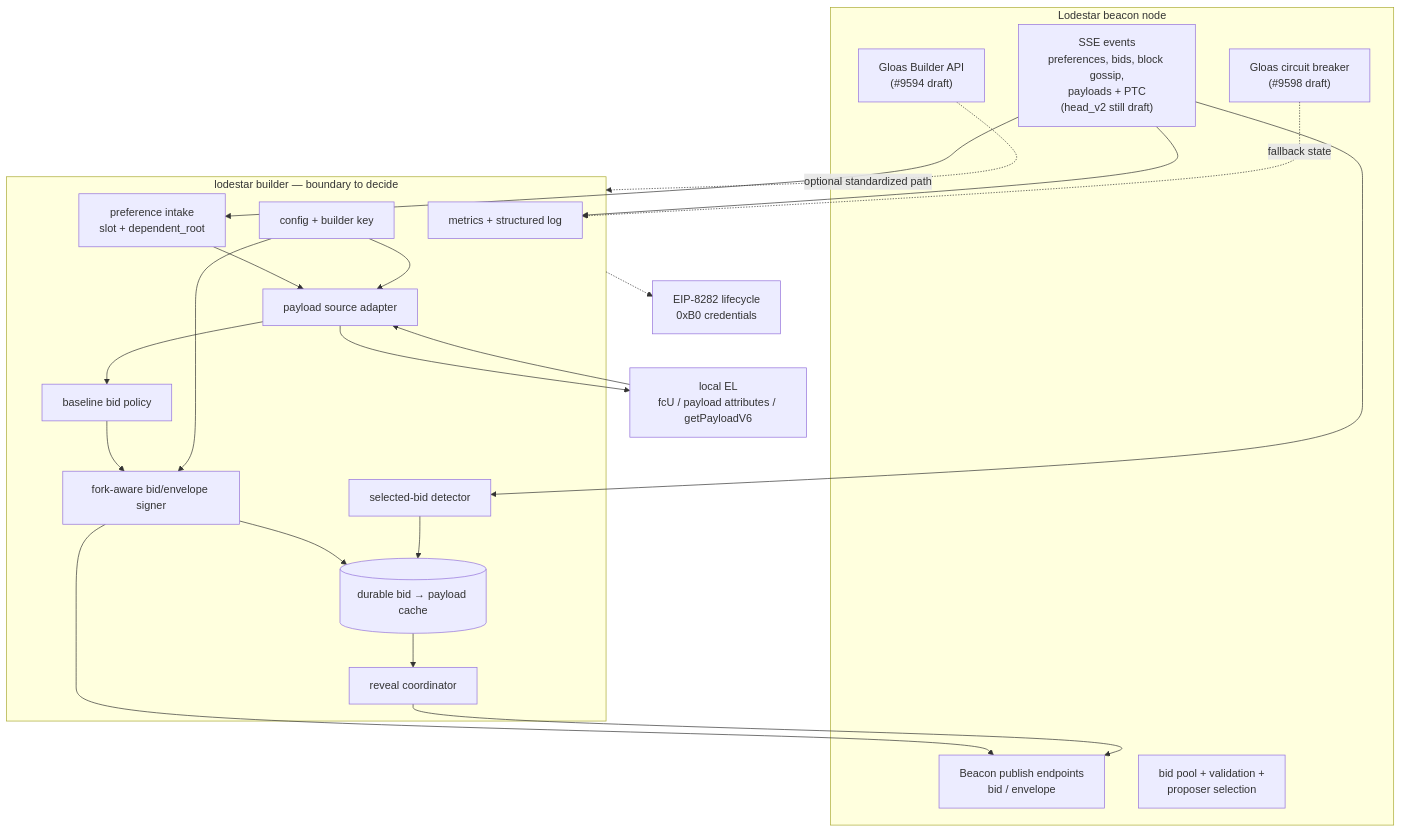
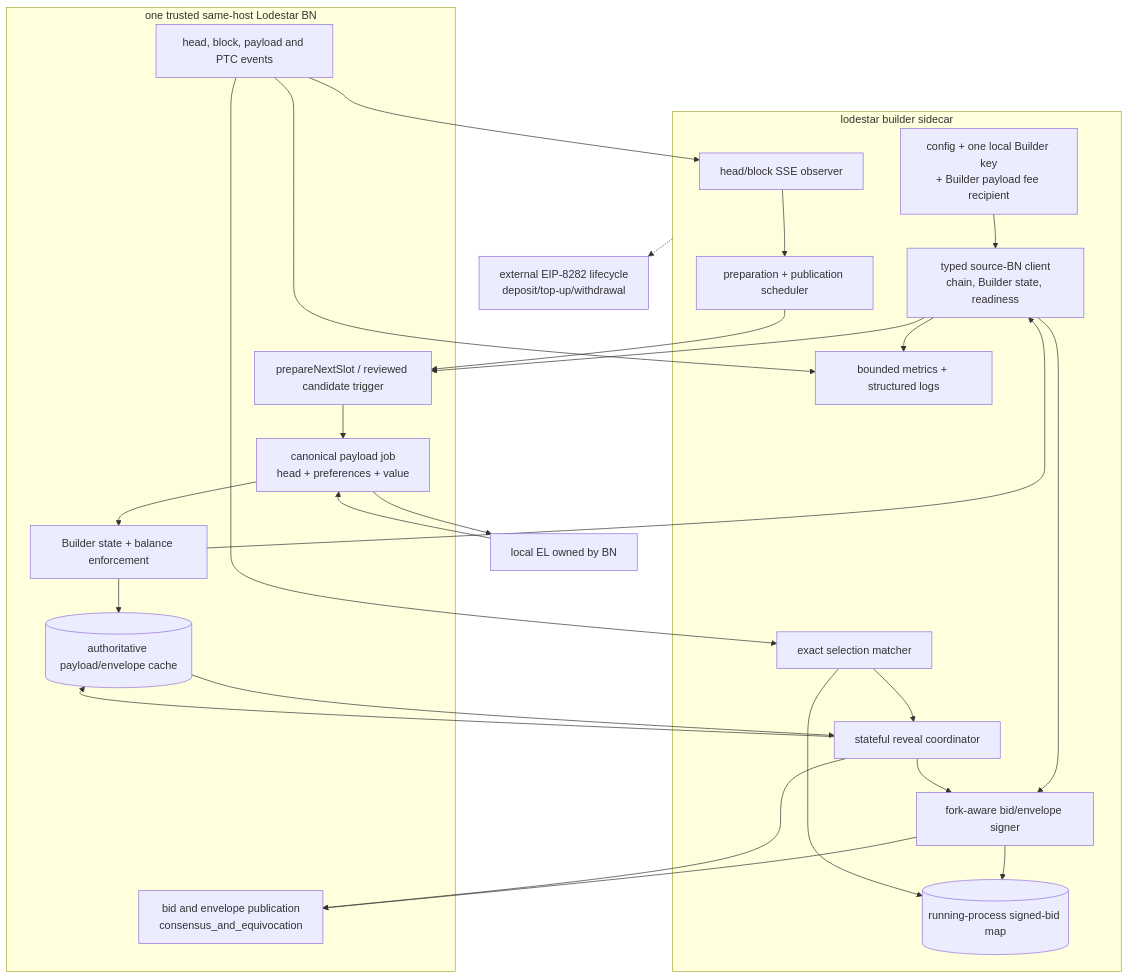
One commit to krisoshea-eth/lodestar-eip-7732-builder-docs changed the third of 4 diagrams in docs/living-technical-note.md. Above: the diagram before and after it, drawn with Mermaid. The commit also changed other lines of this file, not shown here.

Commit message:
Refresh builder living technical note

````diff
--- a/docs/living-technical-note.md
+++ b/docs/living-technical-note.md
@@ -536,40 +440,44 @@
 ```mermaid
 flowchart TB
-    subgraph BN["Lodestar beacon node"]
-        EV["SSE events<br/>preferences, bids, block gossip,<br/>payloads + PTC<br/>(head_v2 still draft)"]
-        BAPI["Gloas Builder API<br/>(#9594 draft)"]
-        PUB["Beacon publish endpoints<br/>bid / envelope"]
-        POOL["bid pool + validation +<br/>proposer selection"]
-        CB["Gloas circuit breaker<br/>(#9598 draft)"]
+    subgraph BLD["lodestar builder sidecar"]
+        CFG["config + one local Builder key<br/>+ Builder payload fee recipient"]
+        API["typed source-BN client<br/>chain, Builder state, readiness"]
+        HEAD["head/block SSE observer"]
+        SCHED["preparation + publication scheduler"]
+        SIGN["fork-aware bid/envelope signer"]
+        LOCAL[("running-process signed-bid map")]
+        SELECT["exact selection matcher"]
+        REV["stateful reveal coordinator"]
+        OBS["bounded metrics + structured logs"]
     end
 
-    subgraph BLD["lodestar builder — boundary to decide"]
-        CFG["config + builder key"]
-        PREF["preference intake<br/>slot + dependent_root"]
-        PAY["payload source adapter"]
-        POL["baseline bid policy"]
-        SIGN["fork-aware bid/envelope signer"]
-        CACHE[("durable bid → payload cache")]
-        WIN["selected-bid detector"]
-        REV["reveal coordinator"]
-        OBS["metrics + structured log"]
+    subgraph BN["one trusted same-host Lodestar BN"]
+        PREP["prepareNextSlot / reviewed candidate trigger"]
+        PAY["canonical payload job<br/>head + preferences + value"]
+        BAL["Builder state + balance enforcement"]
+        CACHE[("authoritative payload/envelope cache")]
+        PUB["bid and envelope publication<br/>consensus_and_equivocation"]
+        EVENTS["head, block, payload and PTC events"]
     end
 
-    EL["local EL<br/>fcU / payload attributes / getPayloadV6"]
-    REG["EIP-8282 lifecycle<br/>0xB0 credentials"]
+    EL["local EL owned by BN"]
+    REG["external EIP-8282 lifecycle<br/>deposit/top-up/withdrawal"]
 
-    EV --> PREF
-    BAPI -. "optional standardized path" .-> BLD
-    PREF --> PAY --> EL
-    EL --> PAY --> POL --> SIGN
-    SIGN --> CACHE
+    CFG --> API
+    API --> PREP
+    HEAD --> SCHED --> PREP
+    PREP --> PAY --> EL
+    EL --> PAY --> BAL --> CACHE
+    BAL --> API --> SIGN
+    SIGN --> LOCAL
     SIGN --> PUB
-    EV --> WIN
-    WIN --> CACHE
-    CACHE --> REV --> PUB
-    EV --> OBS
-    CB -. "fallback state" .-> OBS
-    CFG --> SIGN
-    CFG --> PAY
+    EVENTS --> HEAD
+    EVENTS --> SELECT
+    SELECT --> LOCAL
+    SELECT --> REV --> CACHE
+    CACHE --> REV --> SIGN
+    REV --> PUB
+    API --> OBS
+    EVENTS --> OBS
     BLD -.-> REG
 ```
````
